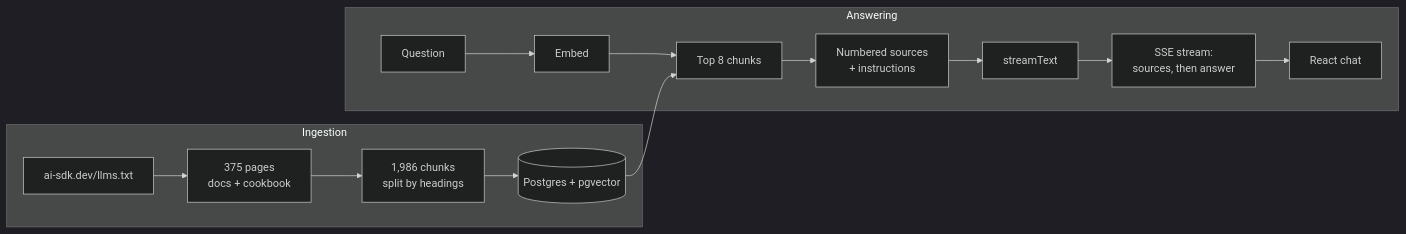
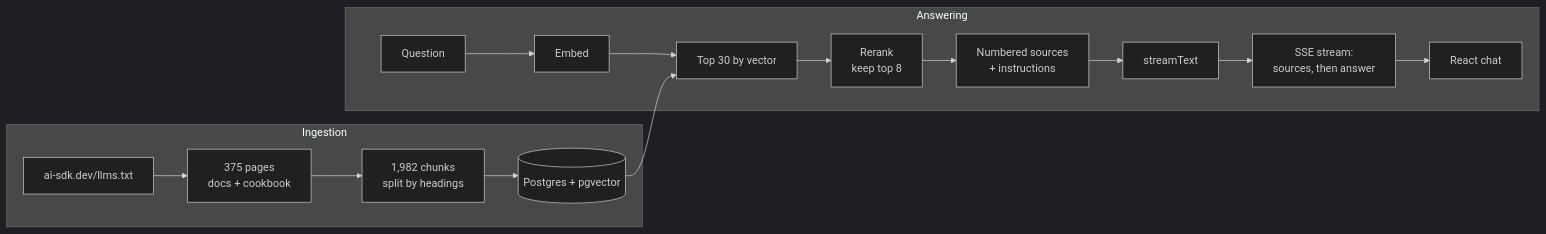
Before and after one commit to Chetanoo/documentation-agent: the diagram in README.md, drawn with Mermaid (dark theme). The commit also changed other lines of this file and 14 other files, not shown here.

Commit message:
v5: fix chunk labels, rerank vector top 30 (q27 fixed, 29/29)

````diff
--- a/README.md
+++ b/README.md
@@ -45,16 +46,16 @@
 ```mermaid
 flowchart LR
   subgraph Ingestion
     A[ai-sdk.dev/llms.txt] --> B[375 pages<br/>docs + cookbook]
-    B --> C[1,986 chunks<br/>split by headings]
+    B --> C[1,982 chunks<br/>split by headings]
     C --> D[(Postgres + pgvector)]
   end
   subgraph Answering
-    Q[Question] --> E[Embed] --> F[Top 8 chunks]
+    Q[Question] --> E[Embed] --> F[Top 30 by vector] --> R[Rerank<br/>keep top 8]
     D --> F
-    F --> G[Numbered sources<br/>+ instructions]
+    R --> G[Numbered sources<br/>+ instructions]
     G --> H[streamText]
     H --> I[SSE stream:<br/>sources, then answer]
     I --> J[React chat]
   end
 ```
````
